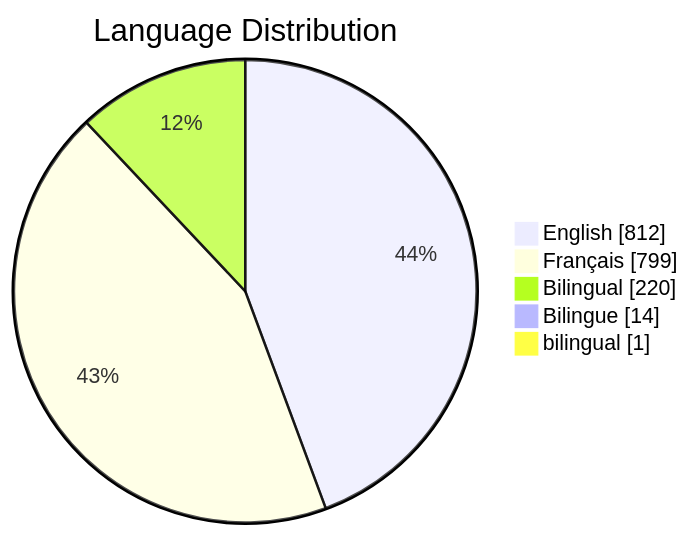
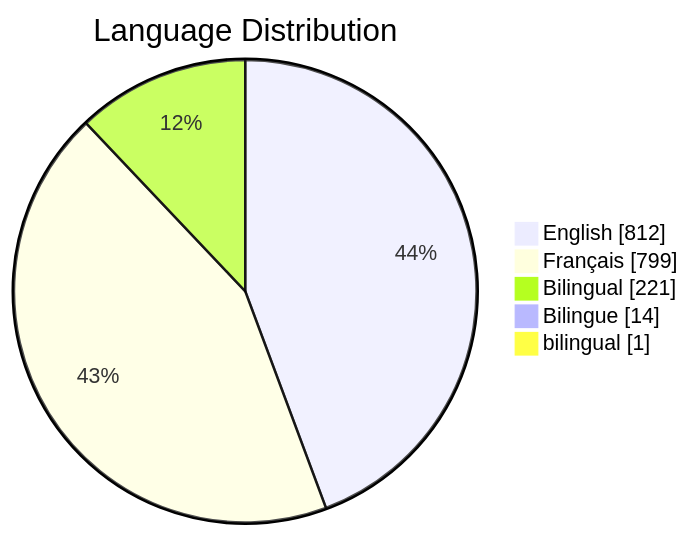
Before and after one commit to PatLittle/GC-Socials: the third of 6 diagrams in README.md, drawn with Mermaid. The commit also changed other lines of this file, not shown here.

Commit message:
Update README with Platform Distribution pie chart

````diff
--- a/README.md
+++ b/README.md
@@ -66,8 +66,8 @@
 ```mermaid
 pie showData title Language Distribution
     "English": 812
     "Français": 799
-    "Bilingual": 220
+    "Bilingual": 221
     "Bilingue": 14
     "bilingual": 1
 ```
````
